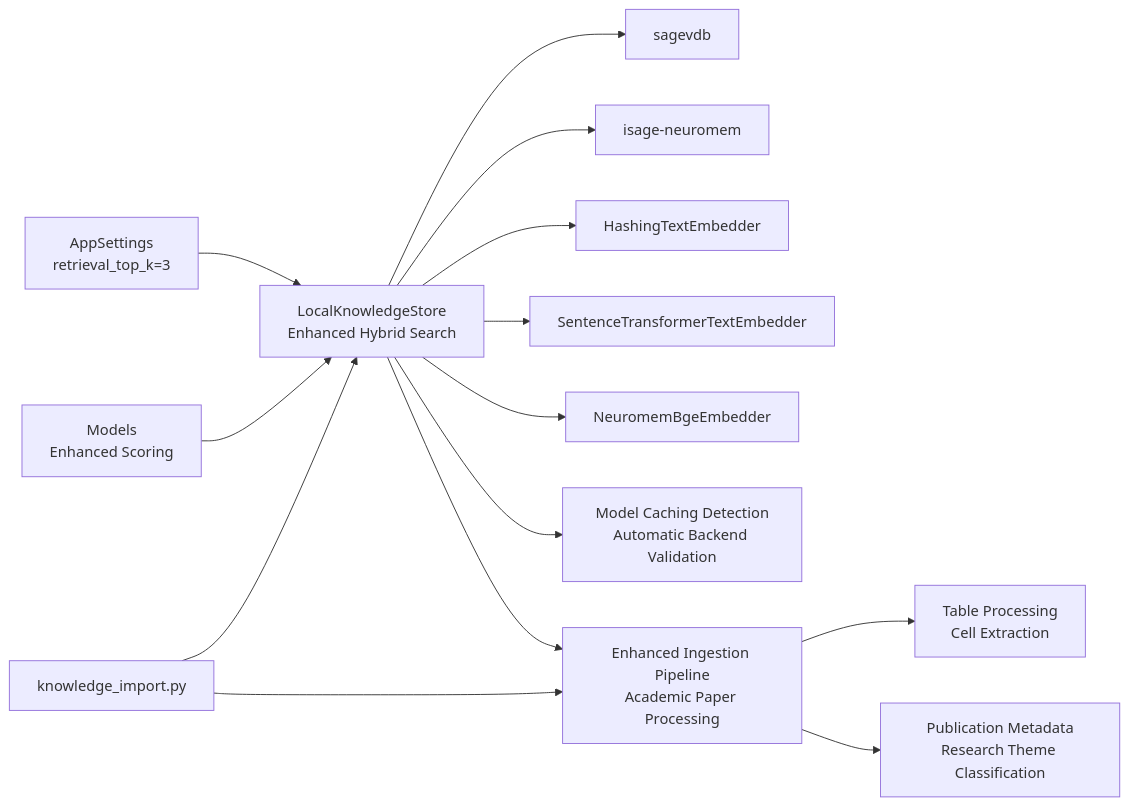
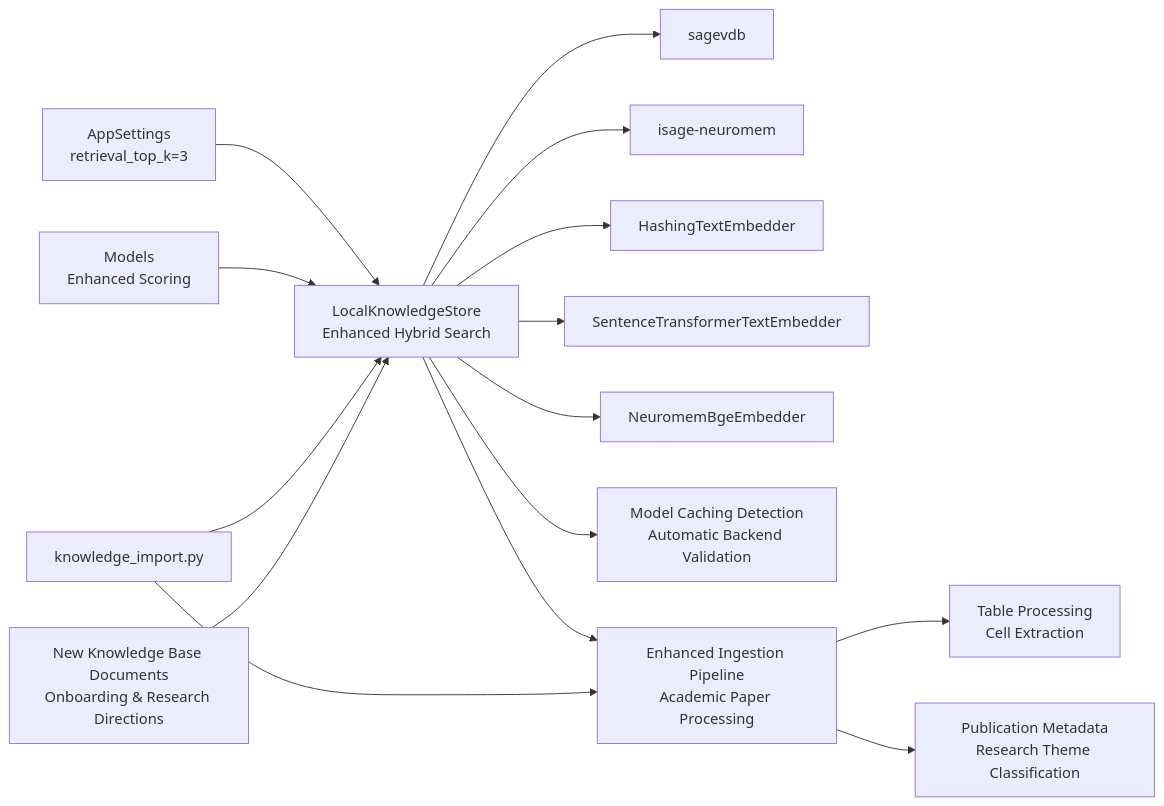
Diagram 12 of 12 in .qoder/repowiki/en/content/Knowledge Management/Knowledge Base Storage.md (intellistream/sage-mate), drawn with Mermaid before and after one commit. The commit also changed other lines of this file and 115 other files, not shown here.

````diff
--- a/.qoder/repowiki/en/content/Knowledge Management/Knowledge Base Storage.md
+++ b/.qoder/repowiki/en/content/Knowledge Management/Knowledge Base Storage.md
@@ -630,16 +664,17 @@
 ```mermaid
 graph LR
 Settings["AppSettings<br/>retrieval_top_k=3"] --> Store["LocalKnowledgeStore<br/>Enhanced Hybrid Search"]
 Models["Models<br/>Enhanced Scoring"] --> Store
 Store --> SageVDB["sagevdb"]
 Store --> Neuromem["isage-neuromem"]
 Store --> Embed1["HashingTextEmbedder"]
 Store --> Embed2["SentenceTransformerTextEmbedder"]
 Store --> Embed3["NeuromemBgeEmbedder"]
 Store --> Validation["Model Caching Detection<br/>Automatic Backend Validation"]
 Store --> EnhancedIngestion["Enhanced Ingestion Pipeline<br/>Academic Paper Processing"]
 Import["knowledge_import.py"] --> Store
 Import --> EnhancedIngestion
 EnhancedIngestion --> TableSupport["Table Processing<br/>Cell Extraction"]
 EnhancedIngestion --> MetadataExtraction["Publication Metadata<br/>Research Theme Classification"]
+NewDocs["New Knowledge Base Documents<br/>Onboarding & Research Directions"] --> Store
 ```
````
